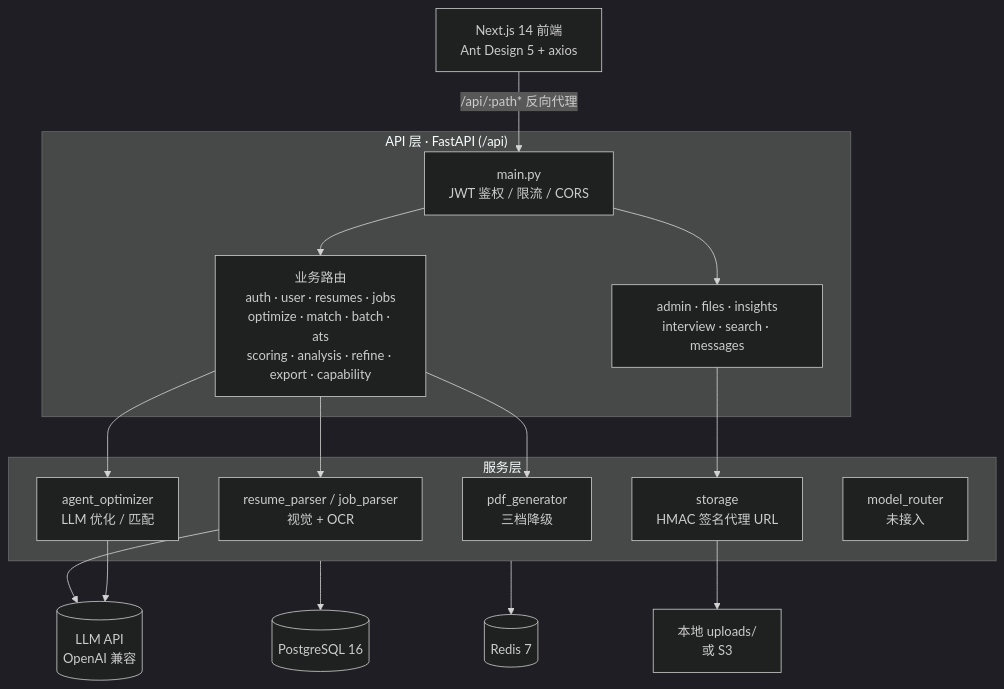
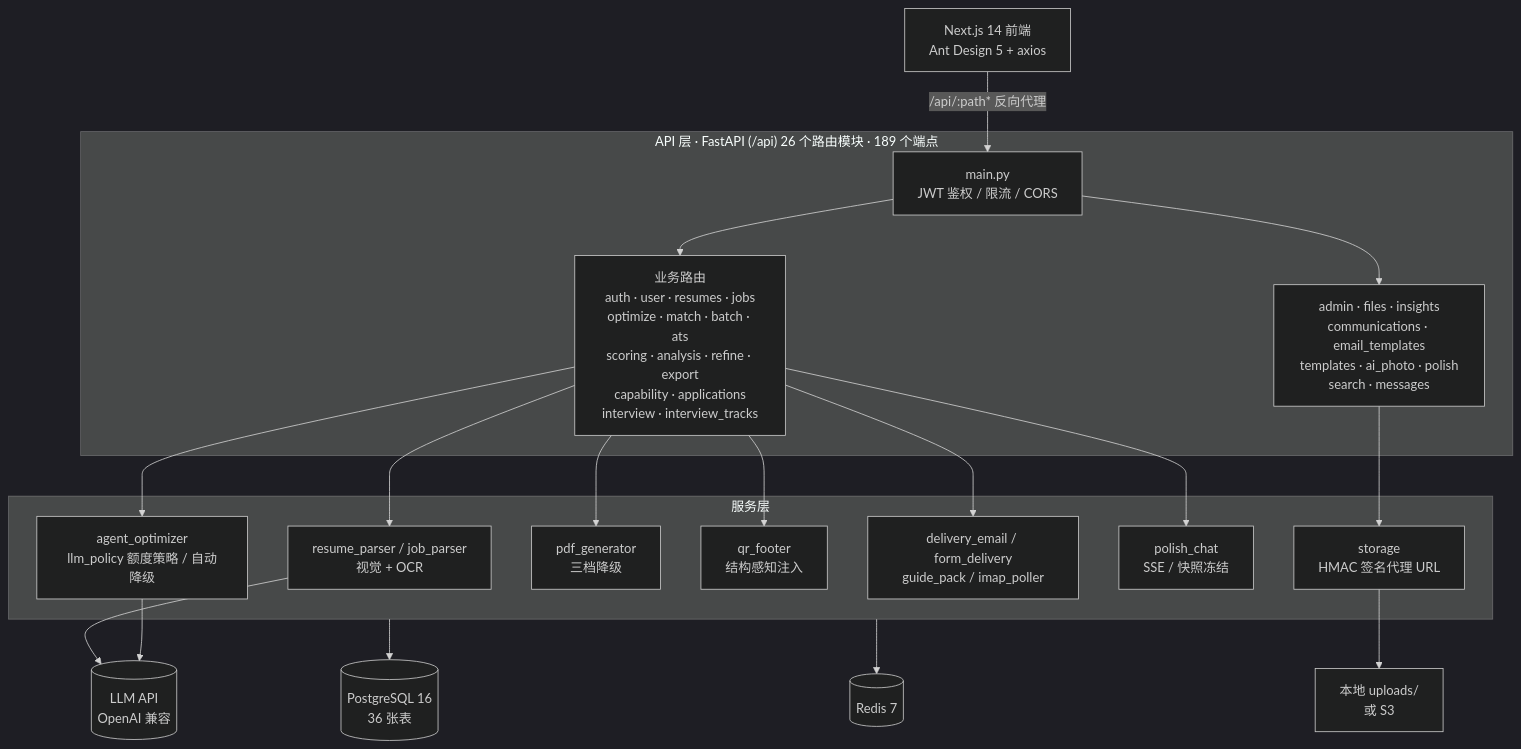
One commit to xfufuxx/SmartResume changed the first of 2 diagrams in PROJECT_OVERVIEW.md. Above: the diagram before and after it, drawn with Mermaid (dark theme). The commit also changed other lines of this file, not shown here.

````diff
--- a/PROJECT_OVERVIEW.md
+++ b/PROJECT_OVERVIEW.md
@@ -76,28 +89,30 @@
 ```mermaid
 flowchart TB
     FE[Next.js 14 前端<br/>Ant Design 5 + axios]
-    subgraph API["API 层 · FastAPI (/api)"]
+    subgraph API["API 层 · FastAPI (/api) 26 个路由模块 · 189 个端点"]
         GW[main.py<br/>JWT 鉴权 / 限流 / CORS]
-        DOM[业务路由<br/>auth · user · resumes · jobs<br/>optimize · match · batch · ats<br/>scoring · analysis · refine · export · capability]
-        ADM[admin · files · insights<br/>interview · search · messages]
+        DOM[业务路由<br/>auth · user · resumes · jobs<br/>optimize · match · batch · ats<br/>scoring · analysis · refine · export<br/>capability · applications<br/>interview · interview_tracks]
+        ADM[admin · files · insights<br/>communications · email_templates<br/>templates · ai_photo · polish<br/>search · messages]
     end
     subgraph SVC["服务层"]
         PARSER[resume_parser / job_parser<br/>视觉 + OCR]
-        AGENT[agent_optimizer<br/>LLM 优化 / 匹配]
+        AGENT[agent_optimizer<br/>llm_policy 额度策略 / 自动降级]
         PDF[pdf_generator<br/>三档降级]
+        QR[qr_footer<br/>结构感知注入]
+        DLV[delivery_email / form_delivery<br/>guide_pack / imap_poller]
+        POLISH[polish_chat<br/>SSE / 快照冻结]
         STORE[storage<br/>HMAC 签名代理 URL]
-        MR[model_router<br/>未接入]
     end
     LLM[(LLM API<br/>OpenAI 兼容)]
-    PG[(PostgreSQL 16)]
+    PG[(PostgreSQL 16<br/>36 张表)]
     RD[(Redis 7)]
     UP[本地 uploads/<br/>或 S3]
 
     FE -->|/api/:path* 反向代理| GW
     GW --> DOM & ADM
     DOM --> PARSER --> LLM
     DOM --> AGENT --> LLM
-    DOM --> PDF
+    DOM --> PDF & QR & DLV & POLISH
     ADM --> STORE --> UP
     SVC --> PG & RD
 ```
````
